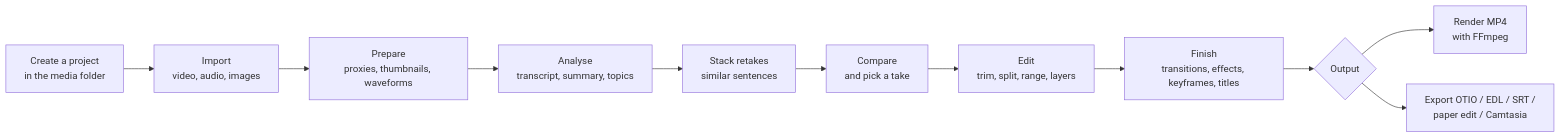
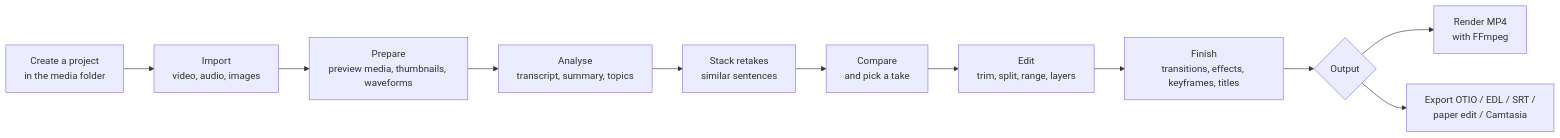
Before and after one commit to VincentGuigui/video-flow: the diagram in docs/features/README.md, drawn with Mermaid. The commit also changed other lines of this file and 31 other files, not shown here.

````diff
--- a/docs/features/README.md
+++ b/docs/features/README.md
@@ -9,13 +9,13 @@
 ```mermaid
 flowchart LR
   A[Create a project<br/>in the media folder] --> B[Import<br/>video, audio, images]
-  B --> C[Prepare<br/>proxies, thumbnails, waveforms]
+  B --> C[Prepare<br/>preview media, thumbnails, waveforms]
   C --> D[Analyse<br/>transcript, summary, topics]
   D --> E[Stack retakes<br/>similar sentences]
   E --> F[Compare<br/>and pick a take]
   F --> G[Edit<br/>trim, split, range, layers]
   G --> H[Finish<br/>transitions, effects, keyframes, titles]
   H --> I{Output}
   I --> J[Render MP4<br/>with FFmpeg]
   I --> K[Export OTIO / EDL / SRT /<br/>paper edit / Camtasia]
 ```
````
